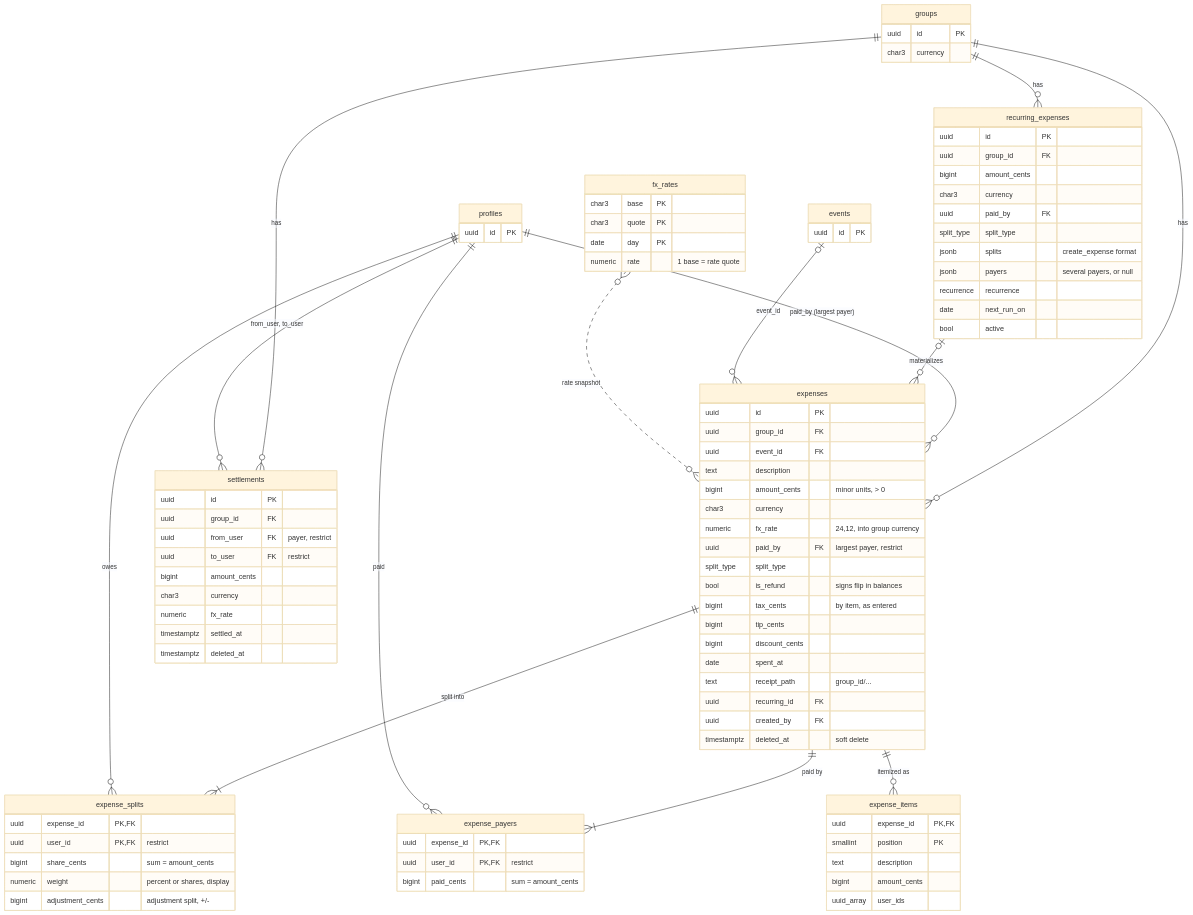
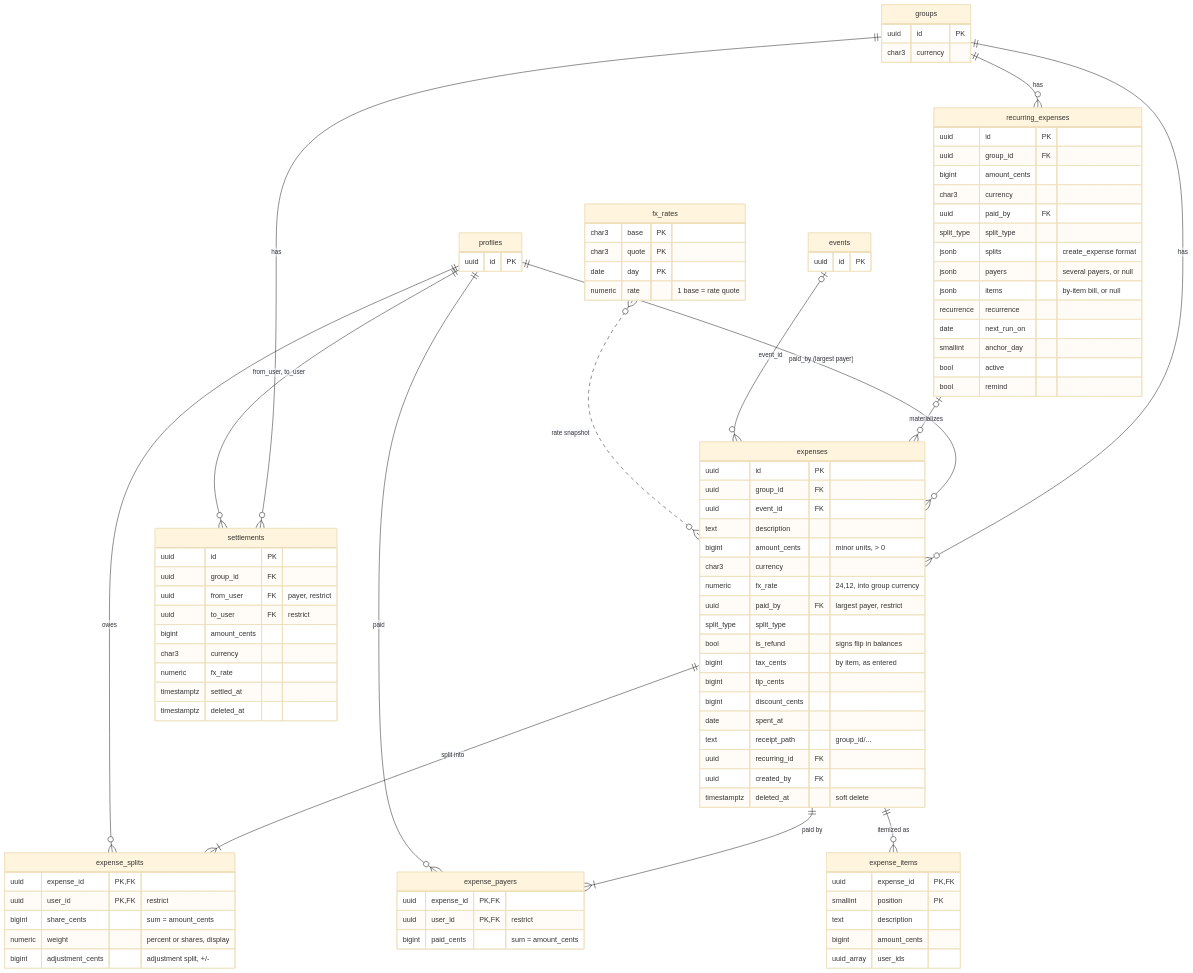
Before and after one commit to Fermulate/potluck: the fifth of 6 diagrams in docs/architecture.md, drawn with Mermaid (base theme). The commit also changed other lines of this file and 7 other files, not shown here.

```diff
--- a/docs/architecture.md
+++ b/docs/architecture.md
@@ -282,9 +282,12 @@
     split_type split_type
     jsonb splits "create_expense format"
     jsonb payers "several payers, or null"
+    jsonb items "by-item bill, or null"
     recurrence recurrence
     date next_run_on
+    smallint anchor_day
     bool active
+    bool remind
   }
   settlements {
     uuid id PK
```
